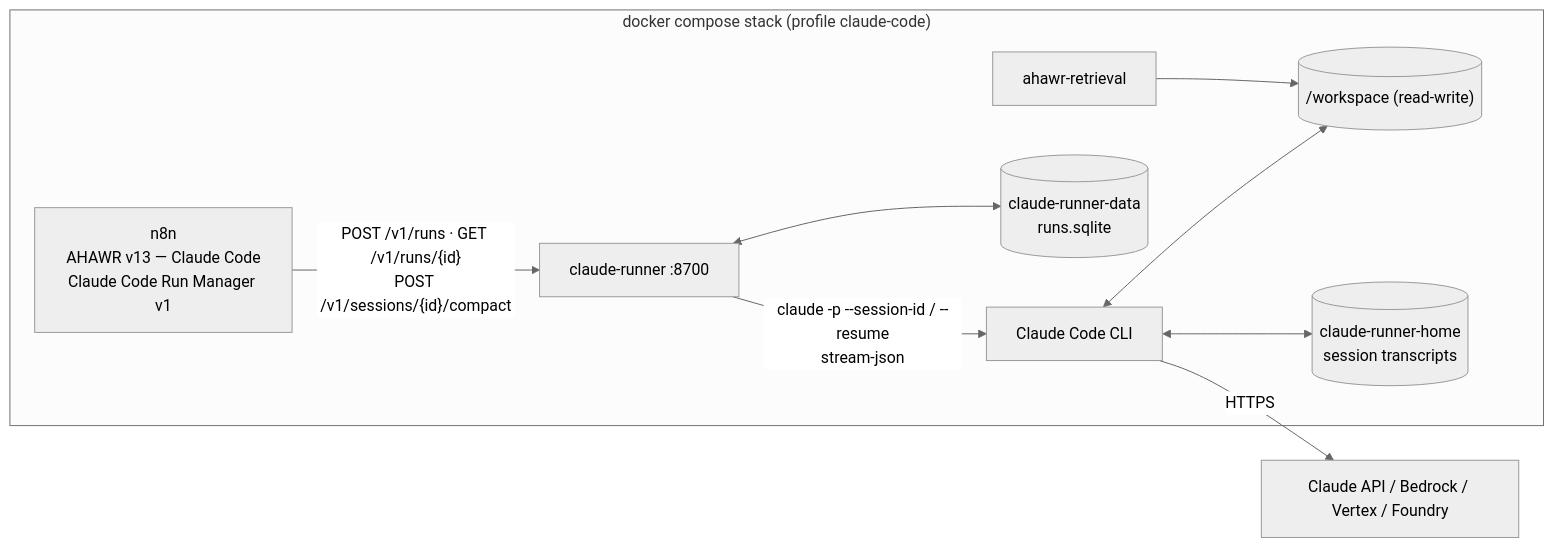
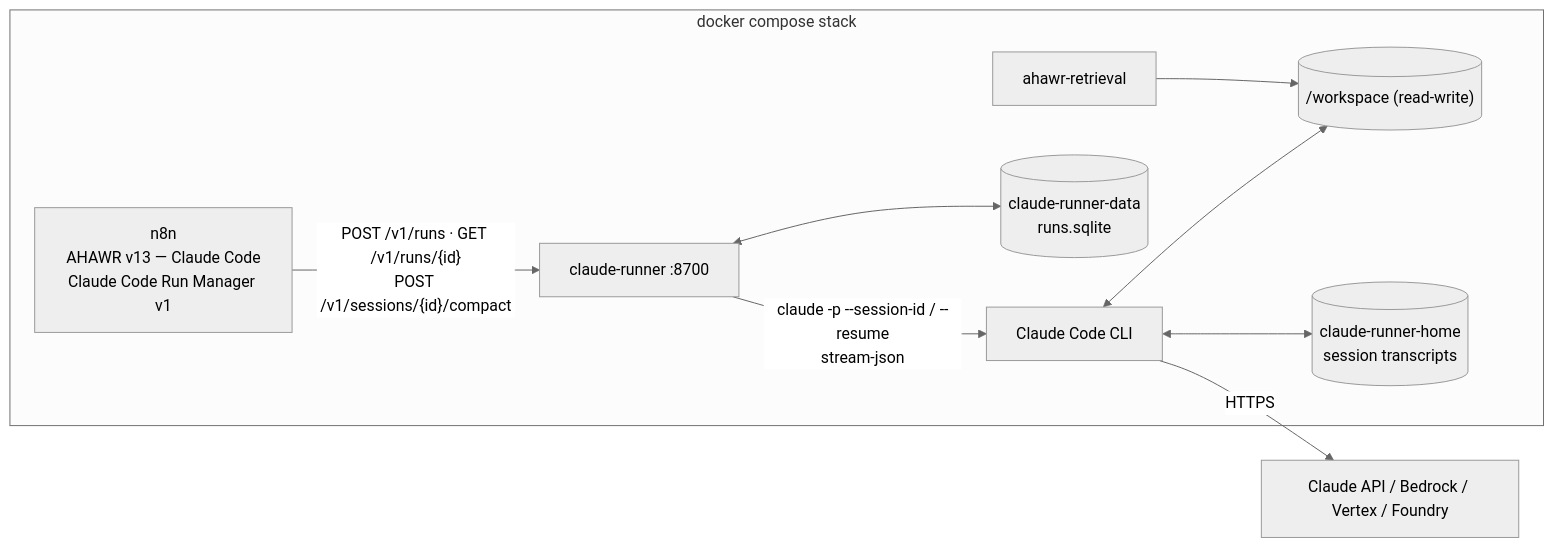
The diagram in claude-runner/README.md (Sa1avatus/n8n-agent-orchestrator), drawn with Mermaid (neutral theme) before and after one commit. The commit also changed other lines of this file and 3 other files, not shown here.

First line of the commit message:
Build and start claude-runner and litellm with the rest of the stack

````diff
--- a/claude-runner/README.md
+++ b/claude-runner/README.md
@@ -7,12 +7,12 @@
 ```mermaid
 flowchart LR
-    subgraph STACK["docker compose stack (profile claude-code)"]
+    subgraph STACK["docker compose stack"]
         N8N["n8n<br/>AHAWR v13 — Claude Code<br/>Claude Code Run Manager v1"] -->|"POST /v1/runs · GET /v1/runs/{id}<br/>POST /v1/sessions/{id}/compact"| R["claude-runner :8700"]
         R -->|"claude -p --session-id / --resume<br/>stream-json"| CC["Claude Code CLI"]
         CC <--> WS[("/workspace (read-write)")]
         CC <--> H[("claude-runner-home<br/>session transcripts")]
         R <--> D[("claude-runner-data<br/>runs.sqlite")]
         RET["ahawr-retrieval"] --> WS
     end
     CC -->|HTTPS| API["Claude API / Bedrock / Vertex / Foundry"]
 ```
````
